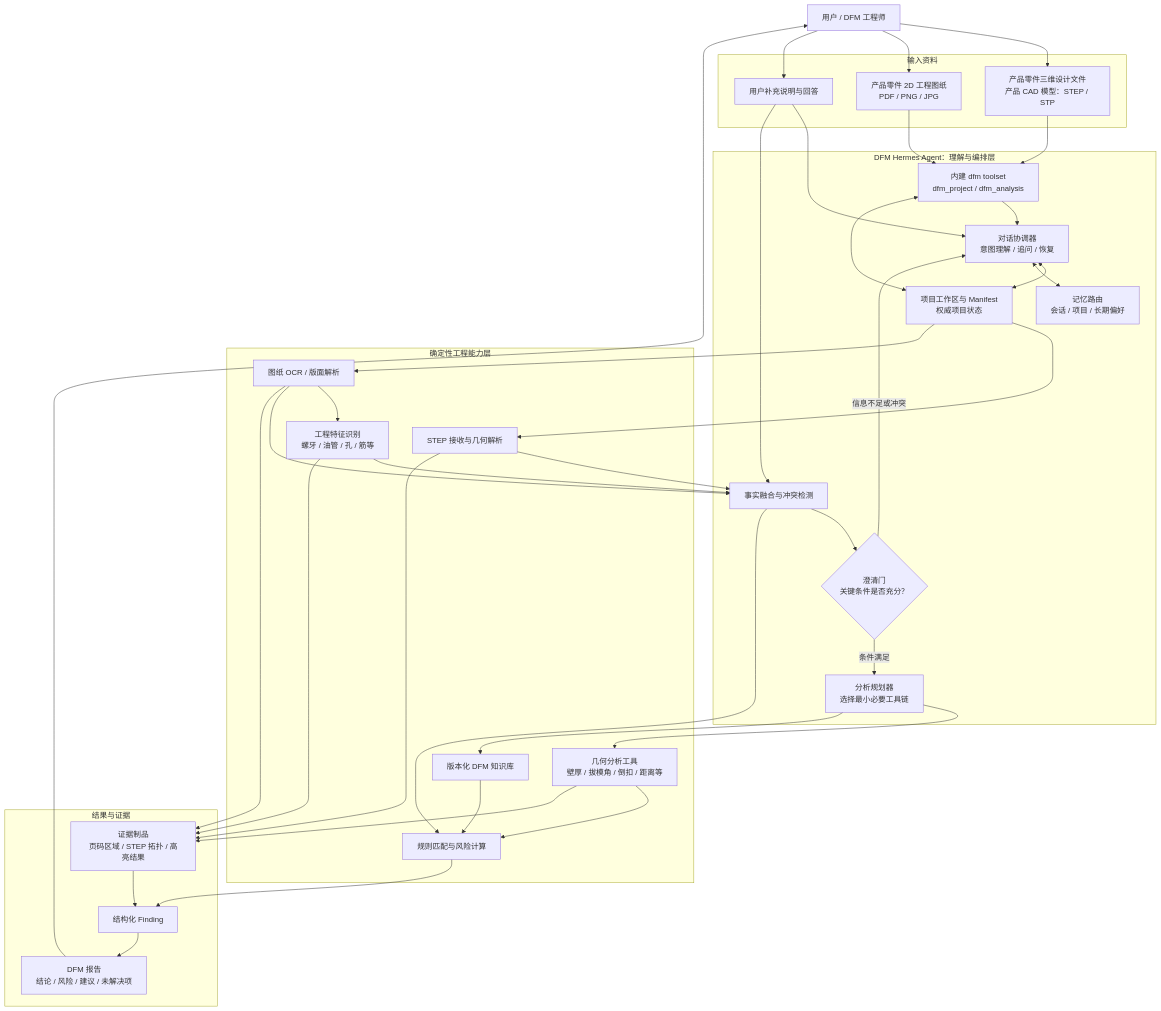
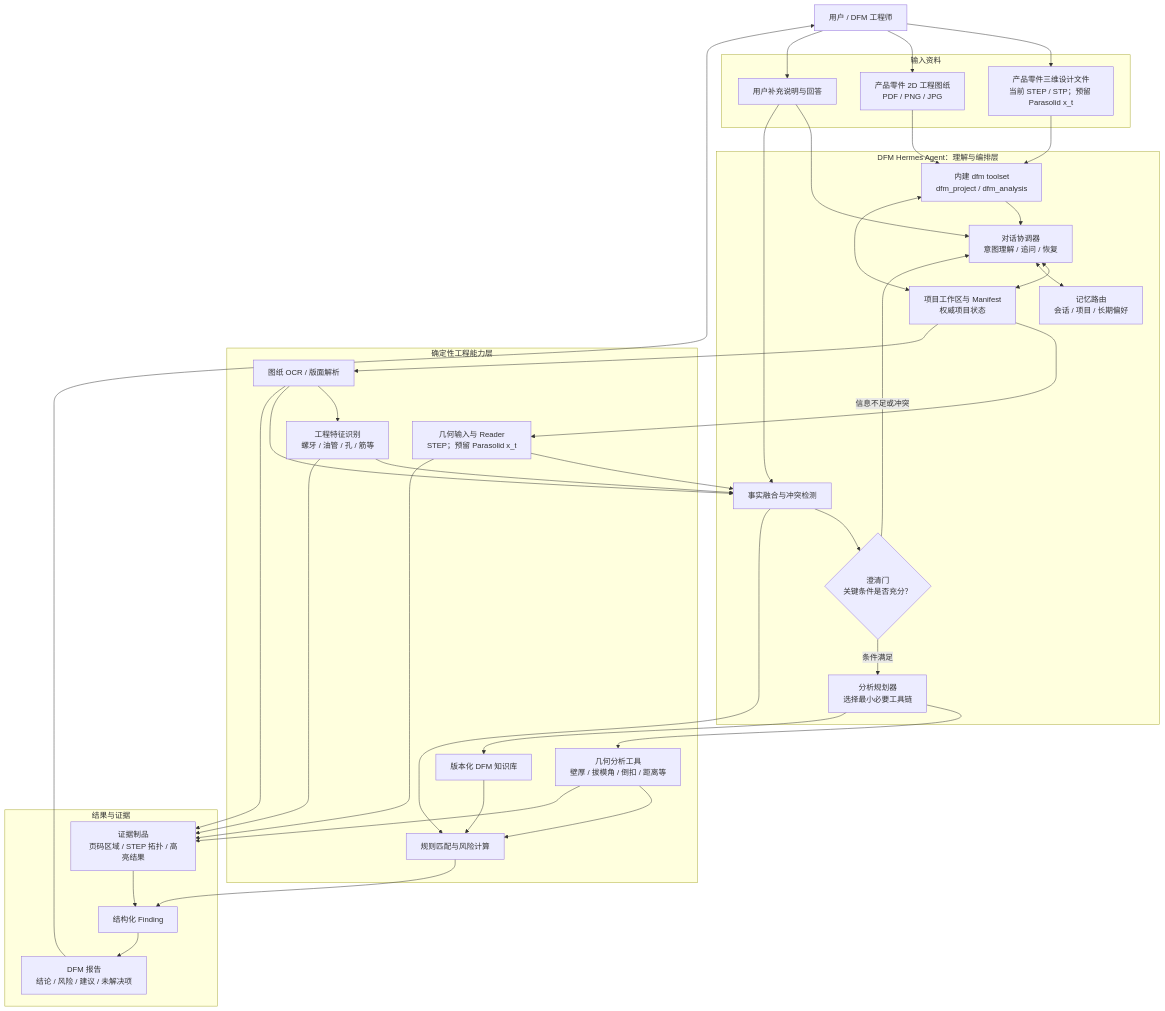
Before and after one commit to 1004860611/hermes-agent: the diagram in docs/plans/2026-07-13-dfm-hermes-agent-development-roadmap.md, drawn with Mermaid. The commit also changed other lines of this file and 46 other files, not shown here.

````diff
--- a/docs/plans/2026-07-13-dfm-hermes-agent-development-roadmap.md
+++ b/docs/plans/2026-07-13-dfm-hermes-agent-development-roadmap.md
@@ -113,69 +116,69 @@
 ```mermaid
 flowchart TB
     U[用户 / DFM 工程师]
 
     subgraph IN[输入资料]
-        S[产品零件三维设计文件<br/>产品 CAD 模型：STEP / STP]
+        S[产品零件三维设计文件<br/>当前 STEP / STP；预留 Parasolid x_t]
         D[产品零件 2D 工程图纸<br/>PDF / PNG / JPG]
         T[用户补充说明与回答]
     end
 
     subgraph H[DFM Hermes Agent：理解与编排层]
         TA[内建 dfm toolset<br/>dfm_project / dfm_analysis]
         C[对话协调器<br/>意图理解 / 追问 / 恢复]
         P[项目工作区与 Manifest<br/>权威项目状态]
         F[事实融合与冲突检测]
         G{澄清门<br/>关键条件是否充分？}
         A[分析规划器<br/>选择最小必要工具链]
         M[记忆路由<br/>会话 / 项目 / 长期偏好]
     end
 
     subgraph E[确定性工程能力层]
-        SI[STEP 接收与几何解析]
+        SI[几何输入与 Reader<br/>STEP；预留 Parasolid x_t]
         DI[图纸 OCR / 版面解析]
         FD[工程特征识别<br/>螺牙 / 油管 / 孔 / 筋等]
         GT[几何分析工具<br/>壁厚 / 拔模角 / 倒扣 / 距离等]
         KB[版本化 DFM 知识库]
         RE[规则匹配与风险计算]
     end
 
     subgraph O[结果与证据]
         EV[证据制品<br/>页码区域 / STEP 拓扑 / 高亮结果]
         R[结构化 Finding]
         RP[DFM 报告<br/>结论 / 风险 / 建议 / 未解决项]
     end
 
     U --> S
     U --> D
     U --> T
     S --> TA
     D --> TA
     T --> C
     TA --> C
     TA <--> P
     C <--> P
     C <--> M
     P --> SI
     P --> DI
     DI --> FD
     SI --> F
     DI --> F
     FD --> F
     T --> F
     F --> G
     G -- 信息不足或冲突 --> C
     G -- 条件满足 --> A
     A --> GT
     A --> KB
     GT --> RE
     KB --> RE
     F --> RE
     SI --> EV
     DI --> EV
     FD --> EV
     GT --> EV
     RE --> R
     EV --> R
     R --> RP
     RP --> U
 ```
````
